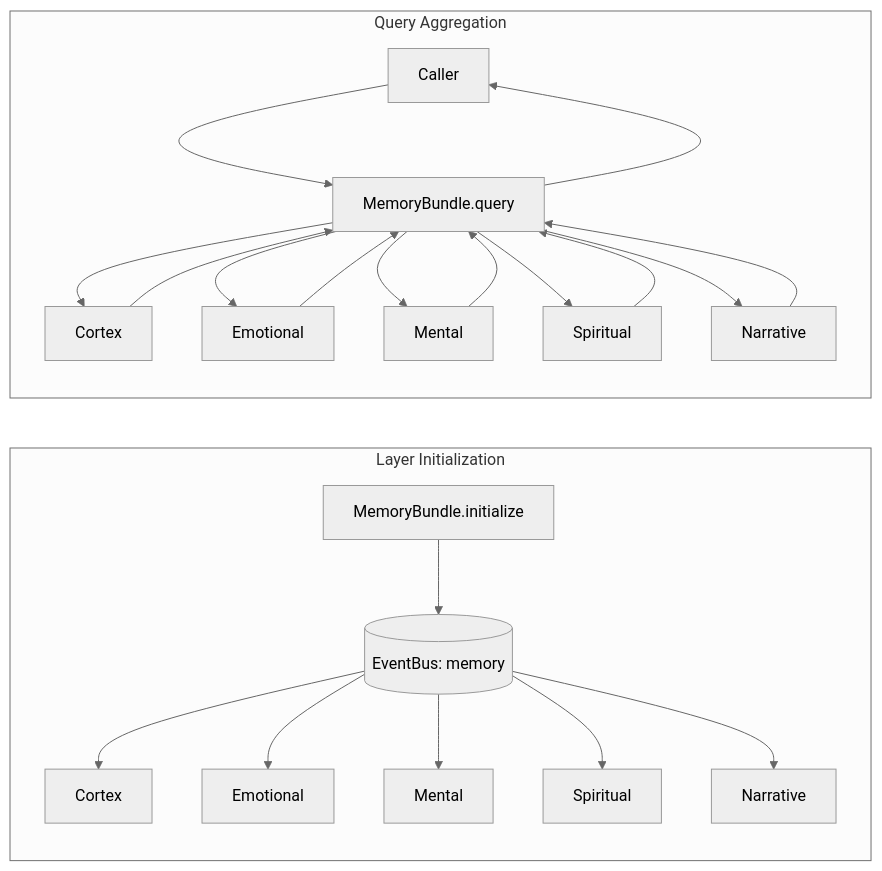
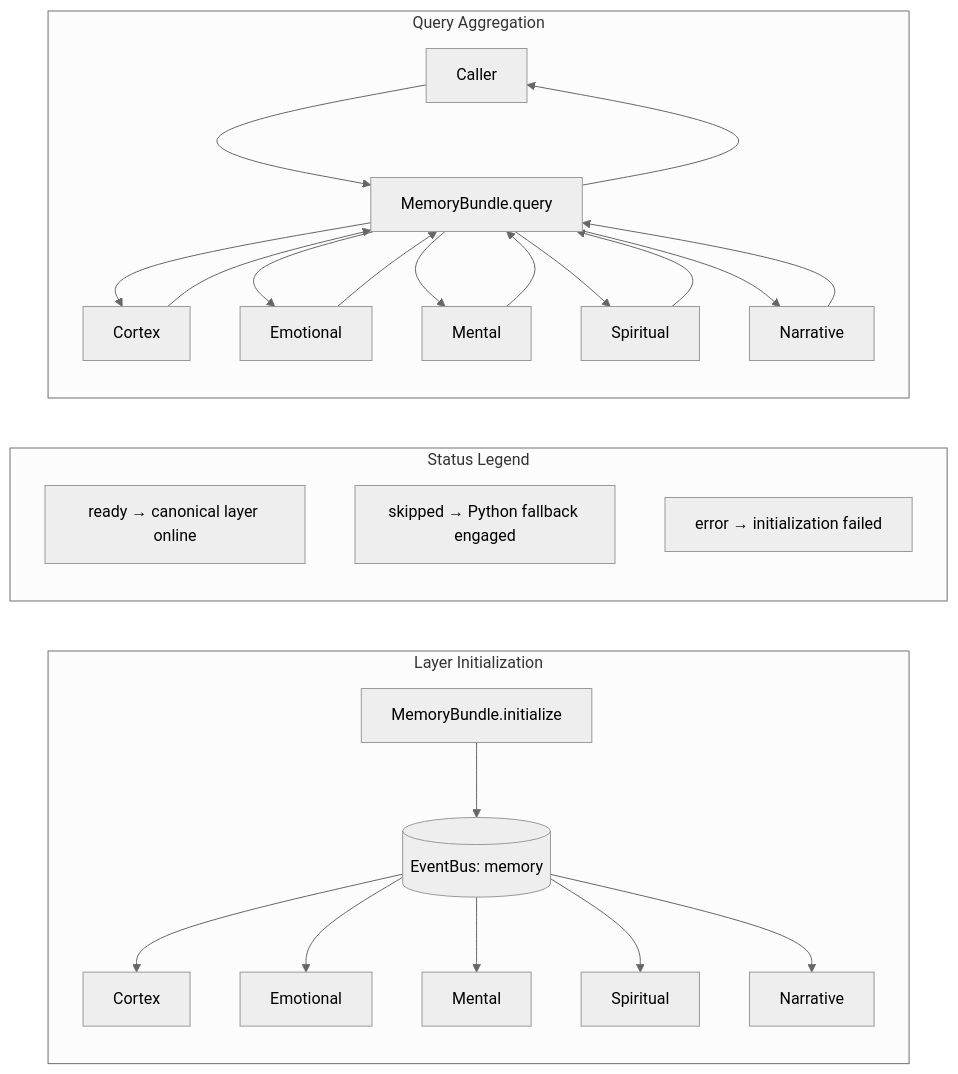
Before and after one commit to DINGIRABZU/ABZU: the diagram in docs/figures/memory_bundle.mmd, drawn with Mermaid (neutral theme). The commit also changed 12 other files, not shown here.

```diff
--- a/docs/figures/memory_bundle.mmd
+++ b/docs/figures/memory_bundle.mmd
@@ -1,26 +1,31 @@
 %% Memory bundle initialization and query aggregation diagram
-%% Version: v1.1.0
-%% Last updated: 2025-09-07
+%% Version: v1.2.0
+%% Last updated: 2025-10-07
 flowchart LR
     subgraph Init[Layer Initialization]
         MBInit[MemoryBundle.initialize] --> Bus[(EventBus: memory)]
         Bus --> Cortex[Cortex]
         Bus --> Emotional[Emotional]
         Bus --> Mental[Mental]
         Bus --> Spiritual[Spiritual]
         Bus --> Narrative[Narrative]
+    end
+    subgraph Legend[Status Legend]
+        Ready[ready → canonical layer online]
+        Skipped[skipped → Python fallback engaged]
+        Error[error → initialization failed]
     end
     subgraph Query[Query Aggregation]
         Caller[Caller] --> MBQuery[MemoryBundle.query]
         MBQuery --> QCortex[Cortex]
         MBQuery --> QEmotional[Emotional]
         MBQuery --> QMental[Mental]
         MBQuery --> QSpiritual[Spiritual]
         MBQuery --> QNarrative[Narrative]
         QCortex --> MBQuery
         QEmotional --> MBQuery
         QMental --> MBQuery
         QSpiritual --> MBQuery
         QNarrative --> MBQuery
         MBQuery --> Caller
     end
```
